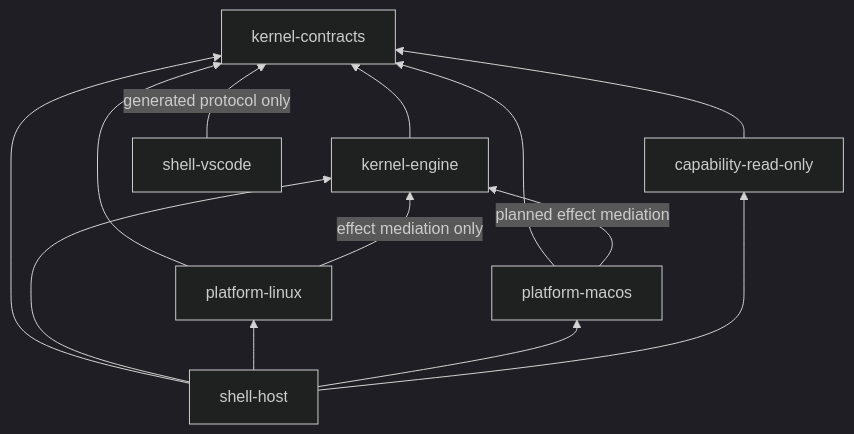
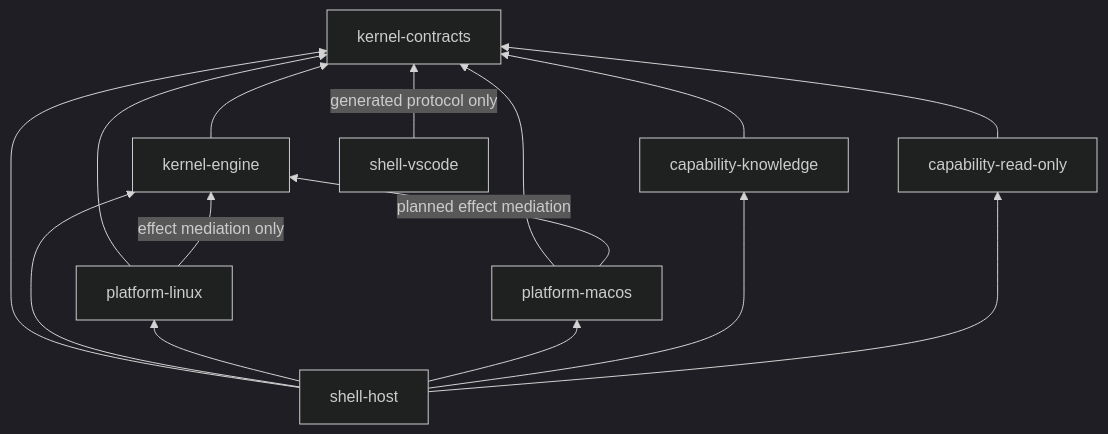
One commit to AaronNHorvitz/AgentMage changed the first of 2 diagrams in docs/architecture/dependency-direction.md. Above: the diagram before and after it, drawn with Mermaid (dark theme). The commit also changed other lines of this file and 15 other files, not shown here.

````diff
--- a/docs/architecture/dependency-direction.md
+++ b/docs/architecture/dependency-direction.md
@@ -11,16 +11,18 @@
 ```mermaid
 flowchart BT
     KC["kernel-contracts"]
     KE["kernel-engine"] --> KC
     PL["platform-linux"] --> KC
     PL -->|"effect mediation only"| KE
     PM["platform-macos"] --> KC
     PM -->|"planned effect mediation"| KE
+    CK["capability-knowledge"] --> KC
     CR["capability-read-only"] --> KC
     SH["shell-host"] --> KC
     SH --> KE
     SH --> PL
     SH --> PM
+    SH --> CK
     SH --> CR
     SV["shell-vscode"] -->|"generated protocol only"| KC
 ```
````
